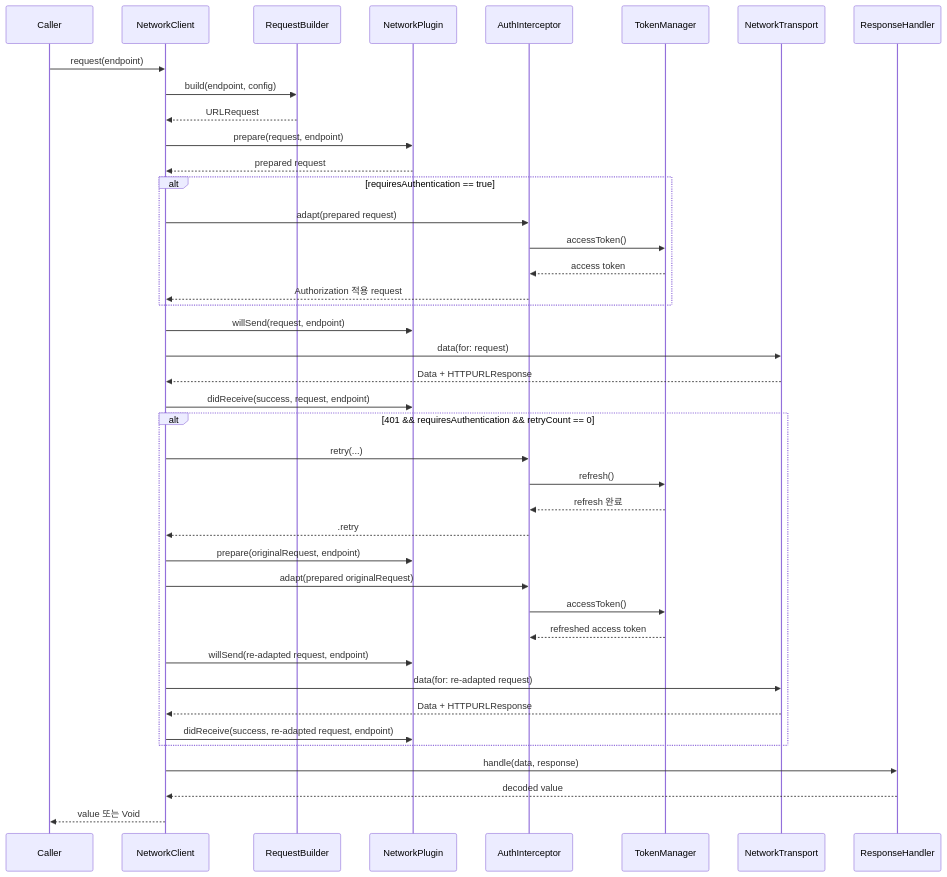
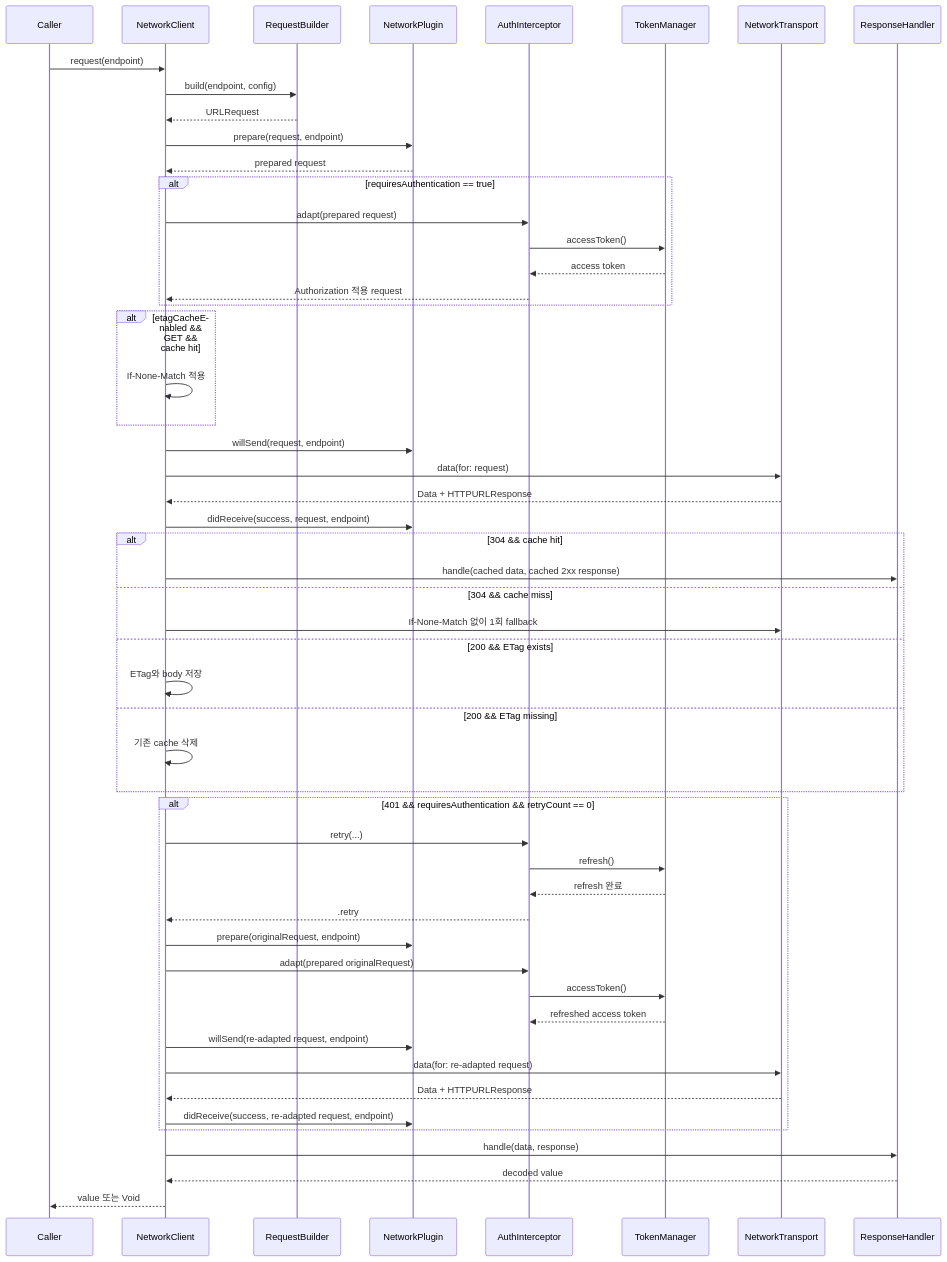
Before and after one commit to mediunn/Livith-iOS: the fourth of 8 diagrams in Projects/LivithNetworking/README.md, drawn with Mermaid. The commit also changed other lines of this file and 13 other files, not shown here.

````diff
--- a/Projects/LivithNetworking/README.md
+++ b/Projects/LivithNetworking/README.md
@@ -153,44 +178,56 @@
 ```mermaid
 sequenceDiagram
     participant Caller
     participant Client as NetworkClient
     participant Builder as RequestBuilder
     participant Plugin as NetworkPlugin
     participant Interceptor as AuthInterceptor
     participant Manager as TokenManager
     participant Transport as NetworkTransport
     participant Handler as ResponseHandler
 
     Caller->>Client: request(endpoint)
     Client->>Builder: build(endpoint, config)
     Builder-->>Client: URLRequest
     Client->>Plugin: prepare(request, endpoint)
     Plugin-->>Client: prepared request
     alt requiresAuthentication == true
         Client->>Interceptor: adapt(prepared request)
         Interceptor->>Manager: accessToken()
         Manager-->>Interceptor: access token
         Interceptor-->>Client: Authorization 적용 request
     end
+    alt etagCacheEnabled && GET && cache hit
+        Client->>Client: If-None-Match 적용
+    end
     Client->>Plugin: willSend(request, endpoint)
     Client->>Transport: data(for: request)
     Transport-->>Client: Data + HTTPURLResponse
     Client->>Plugin: didReceive(success, request, endpoint)
+    alt 304 && cache hit
+        Client->>Handler: handle(cached data, cached 2xx response)
+    else 304 && cache miss
+        Client->>Transport: If-None-Match 없이 1회 fallback
+    else 200 && ETag exists
+        Client->>Client: ETag와 body 저장
+    else 200 && ETag missing
+        Client->>Client: 기존 cache 삭제
+    end
     alt 401 && requiresAuthentication && retryCount == 0
         Client->>Interceptor: retry(...)
         Interceptor->>Manager: refresh()
         Manager-->>Interceptor: refresh 완료
         Interceptor-->>Client: .retry
         Client->>Plugin: prepare(originalRequest, endpoint)
         Client->>Interceptor: adapt(prepared originalRequest)
         Interceptor->>Manager: accessToken()
         Manager-->>Interceptor: refreshed access token
         Client->>Plugin: willSend(re-adapted request, endpoint)
         Client->>Transport: data(for: re-adapted request)
         Transport-->>Client: Data + HTTPURLResponse
         Client->>Plugin: didReceive(success, re-adapted request, endpoint)
     end
     Client->>Handler: handle(data, response)
     Handler-->>Client: decoded value
     Client-->>Caller: value 또는 Void
 ```
````
